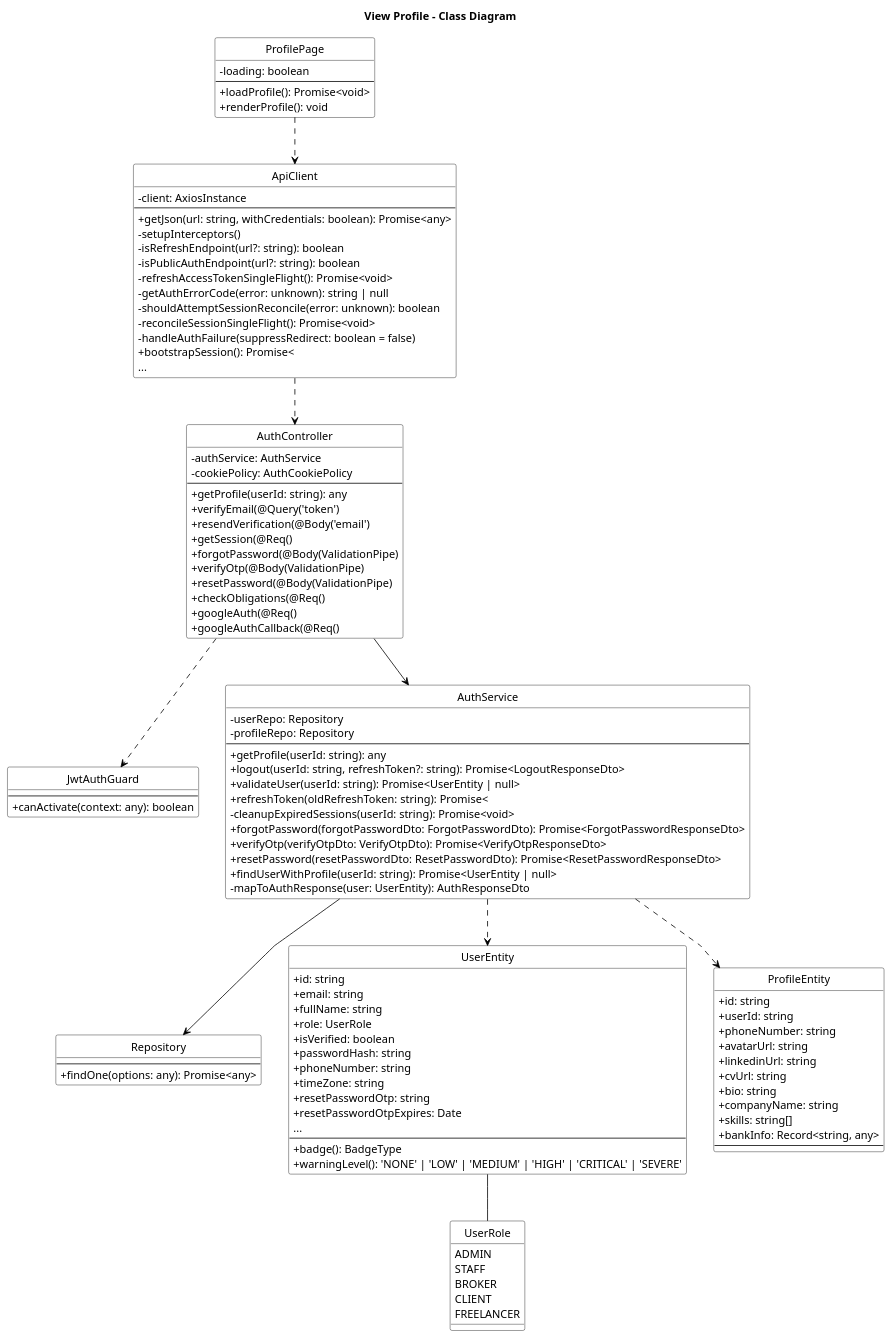
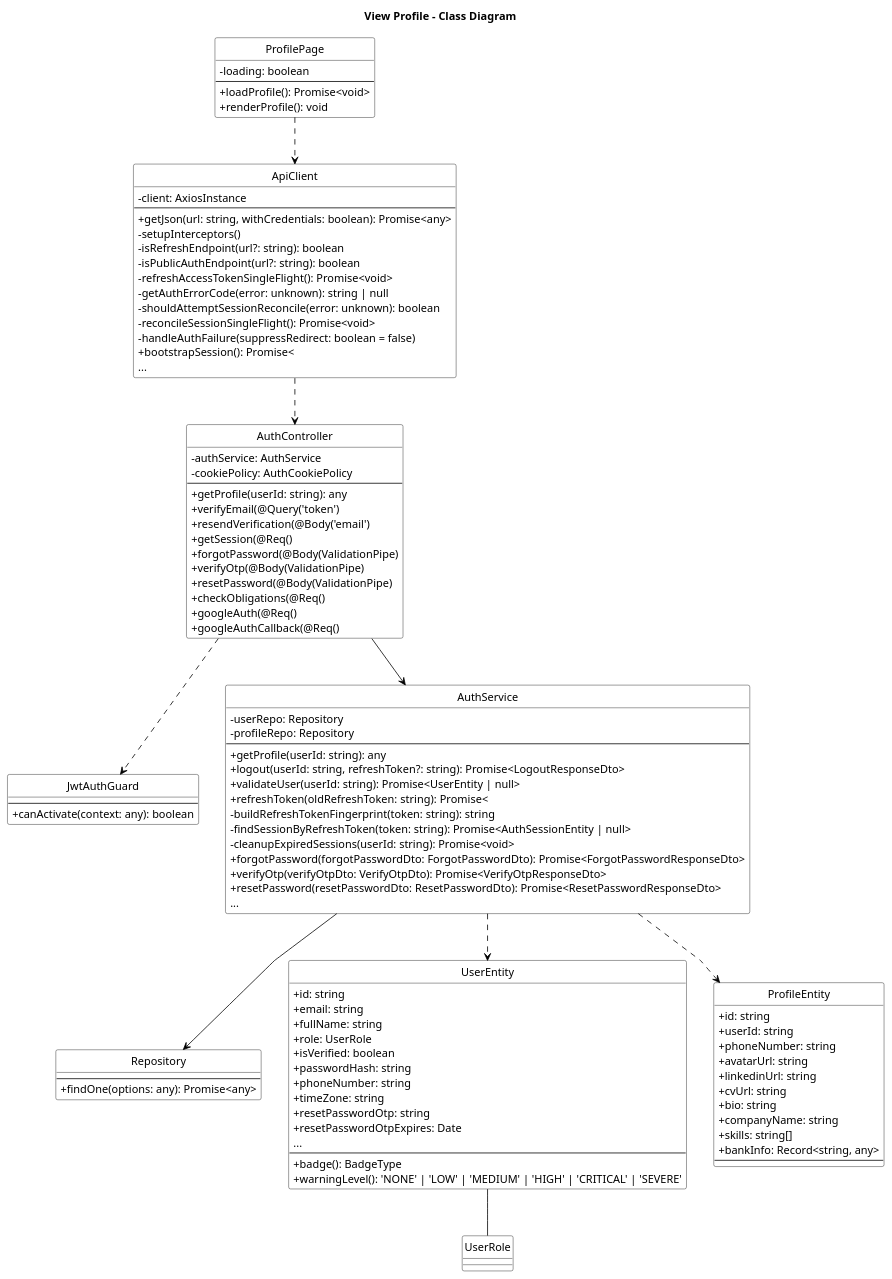
Before and after one commit to bangdcce/SEP492-Project: the diagram in diagram/class_diagrams/view_profile_class_diagram_compact.puml, drawn with PlantUML. The commit also changed 40 other files, not shown here.

```diff
--- a/diagram/class_diagrams/view_profile_class_diagram_compact.puml
+++ b/diagram/class_diagrams/view_profile_class_diagram_compact.puml
@@ -1,131 +1,125 @@
 @startuml View_Profile_Class_Diagram
 title View Profile - Class Diagram
 skinparam backgroundColor white
 skinparam monochrome true
 skinparam defaultFontColor black
 skinparam ArrowColor black
 skinparam classBorderColor black
 skinparam classFontColor black
 skinparam classBackgroundColor white
 skinparam stereotypeFontColor black
 skinparam linetype polyline
 skinparam classAttributeIconSize 0
 hide circle
 
 skinparam classHeaderBackgroundColor white
 skinparam classHeaderFontColor black
 
 class ApiClient {
     - client: AxiosInstance
     --
     + getJson(url: string, withCredentials: boolean): Promise<any>
     - setupInterceptors()
     - isRefreshEndpoint(url?: string): boolean
     - isPublicAuthEndpoint(url?: string): boolean
     - refreshAccessTokenSingleFlight(): Promise<void>
     - getAuthErrorCode(error: unknown): string | null
     - shouldAttemptSessionReconcile(error: unknown): boolean
     - reconcileSessionSingleFlight(): Promise<void>
     - handleAuthFailure(suppressRedirect: boolean = false)
     + bootstrapSession(): Promise<
     ...
 }
 
 class ProfilePage {
     - loading: boolean
     --
     + loadProfile(): Promise<void>
     + renderProfile(): void
 }
 
 class AuthController {
     - authService: AuthService
     - cookiePolicy: AuthCookiePolicy
     --
     + getProfile(userId: string): any
     + verifyEmail(@Query('token')
     + resendVerification(@Body('email')
     + getSession(@Req()
     + forgotPassword(@Body(ValidationPipe)
     + verifyOtp(@Body(ValidationPipe)
     + resetPassword(@Body(ValidationPipe)
     + checkObligations(@Req()
     + googleAuth(@Req()
     + googleAuthCallback(@Req()
 }
 
 class JwtAuthGuard {
     --
     + canActivate(context: any): boolean
 }
 
 class AuthService {
     - userRepo: Repository
     - profileRepo: Repository
     --
     + getProfile(userId: string): any
     + logout(userId: string, refreshToken?: string): Promise<LogoutResponseDto>
     + validateUser(userId: string): Promise<UserEntity | null>
     + refreshToken(oldRefreshToken: string): Promise<
+    - buildRefreshTokenFingerprint(token: string): string
+    - findSessionByRefreshToken(token: string): Promise<AuthSessionEntity | null>
     - cleanupExpiredSessions(userId: string): Promise<void>
     + forgotPassword(forgotPasswordDto: ForgotPasswordDto): Promise<ForgotPasswordResponseDto>
     + verifyOtp(verifyOtpDto: VerifyOtpDto): Promise<VerifyOtpResponseDto>
     + resetPassword(resetPasswordDto: ResetPasswordDto): Promise<ResetPasswordResponseDto>
-    + findUserWithProfile(userId: string): Promise<UserEntity | null>
-    - mapToAuthResponse(user: UserEntity): AuthResponseDto
+    ...
 }
 
 class Repository {
     --
     + findOne(options: any): Promise<any>
 }
 
 class UserEntity {
     + id: string
     + email: string
     + fullName: string
     + role: UserRole
     + isVerified: boolean
     + passwordHash: string
     + phoneNumber: string
     + timeZone: string
     + resetPasswordOtp: string
     + resetPasswordOtpExpires: Date
     ...
     --
     + badge(): BadgeType
     + warningLevel(): 'NONE' | 'LOW' | 'MEDIUM' | 'HIGH' | 'CRITICAL' | 'SEVERE'
 }
 
 class ProfileEntity {
     + id: string
     + userId: string
     + phoneNumber: string
     + avatarUrl: string
     + linkedinUrl: string
     + cvUrl: string
     + bio: string
     + companyName: string
     + skills: string[]
     + bankInfo: Record<string, any>
     --
 }
 
-enum UserRole {
-    ADMIN
-    STAFF
-    BROKER
-    CLIENT
-    FREELANCER
-}
 
 ProfilePage ..> ApiClient
 ApiClient ..> AuthController
 AuthController ..> JwtAuthGuard
 AuthController --> AuthService
 AuthService --> Repository
 AuthService ..> UserEntity
 AuthService ..> ProfileEntity
 UserEntity -- UserRole
 
 @enduml
```
